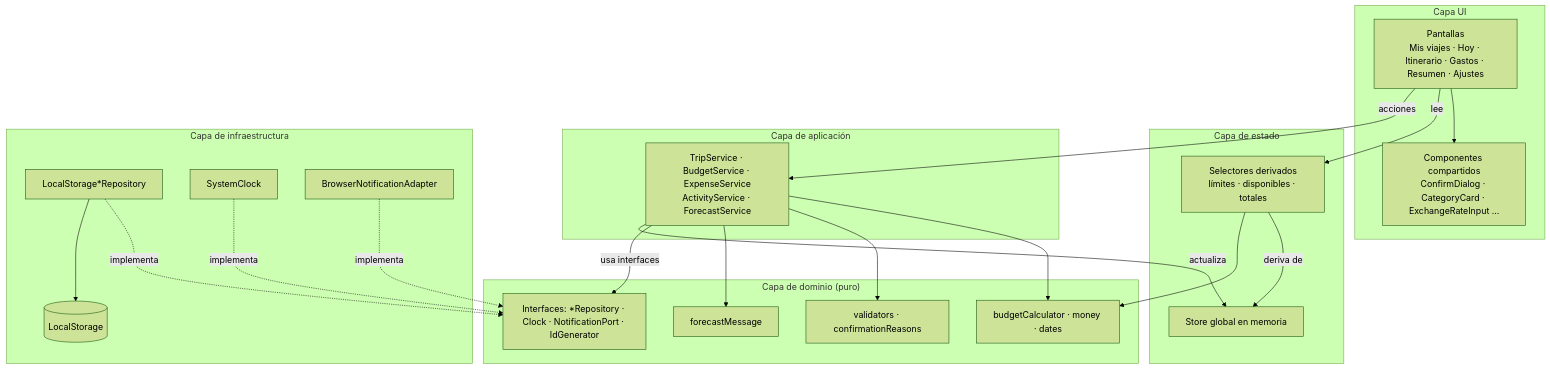
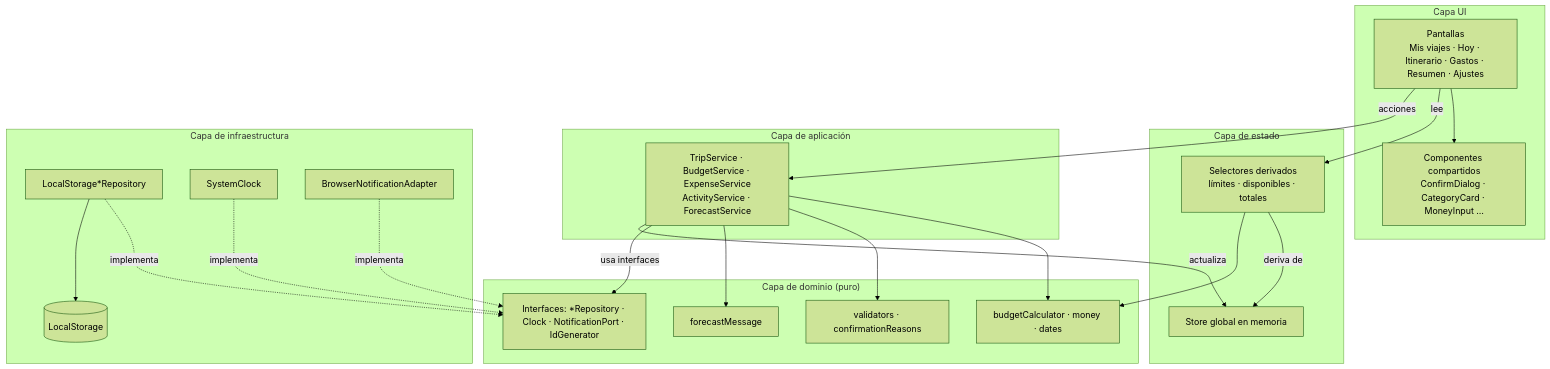
Before and after one commit to kfallas95/lab-3-part1---asistente-de-viajes: the first of 6 diagrams in docs/design.md, drawn with Mermaid (forest theme). The commit also changed other lines of this file and 6 other files, not shown here.

````diff
--- a/docs/design.md
+++ b/docs/design.md
@@ -47,41 +48,41 @@
 ```mermaid
 flowchart TB
     subgraph UI["Capa UI"]
         SCR["Pantallas<br/>Mis viajes · Hoy · Itinerario · Gastos · Resumen · Ajustes"]
-        CMP["Componentes compartidos<br/>ConfirmDialog · CategoryCard · ExchangeRateInput …"]
+        CMP["Componentes compartidos<br/>ConfirmDialog · CategoryCard · MoneyInput …"]
     end
     subgraph ST["Capa de estado"]
         STORE["Store global en memoria"]
         SEL["Selectores derivados<br/>límites · disponibles · totales"]
     end
     subgraph APP["Capa de aplicación"]
         SVC["TripService · BudgetService · ExpenseService<br/>ActivityService · ForecastService"]
     end
     subgraph DOM["Capa de dominio (puro)"]
         CALC["budgetCalculator · money · dates"]
         VAL["validators · confirmationReasons"]
         TPL["forecastMessage"]
         PORTS["Interfaces: *Repository · Clock · NotificationPort · IdGenerator"]
     end
     subgraph INF["Capa de infraestructura"]
         REPO["LocalStorage*Repository"]
         LS[("LocalStorage")]
         CLK["SystemClock"]
         NOTIF["BrowserNotificationAdapter"]
     end
 
     SCR --> CMP
     SCR -->|lee| SEL
     SEL -->|deriva de| STORE
     SCR -->|acciones| SVC
     SVC --> CALC
     SVC --> VAL
     SVC --> TPL
     SVC -->|usa interfaces| PORTS
     SVC -->|actualiza| STORE
     SEL --> CALC
     REPO -. implementa .-> PORTS
     CLK -. implementa .-> PORTS
     NOTIF -. implementa .-> PORTS
     REPO --> LS
 ```
````
